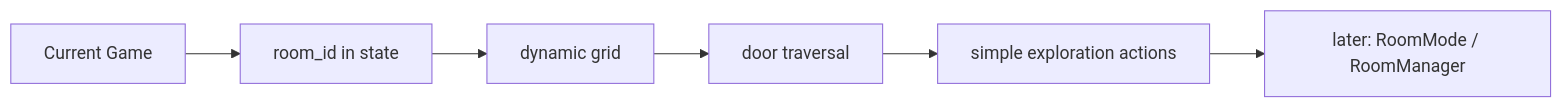
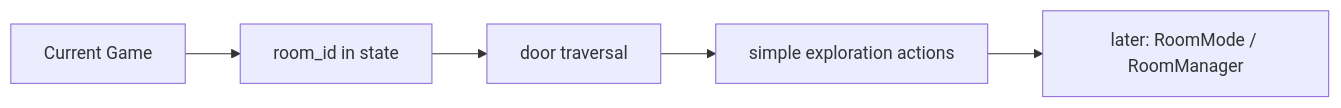
One commit to GoldenWind8/roguelike-mvp changed the first of 6 diagrams in docs/WORLD.md. Above: the diagram before and after it, drawn with Mermaid. The commit also changed other lines of this file and 14 other files, not shown here.

````diff
--- a/docs/WORLD.md
+++ b/docs/WORLD.md
@@ -39,8 +32,7 @@
 ```mermaid
 flowchart LR
     A["Current Game"] --> B["room_id in state"]
-    B --> C["dynamic grid"]
-    C --> D["door traversal"]
-    D --> E["simple exploration actions"]
-    E --> F["later: RoomMode / RoomManager"]
+    B --> C["door traversal"]
+    C --> D["simple exploration actions"]
+    D --> E["later: RoomMode / RoomManager"]
 ```
````
